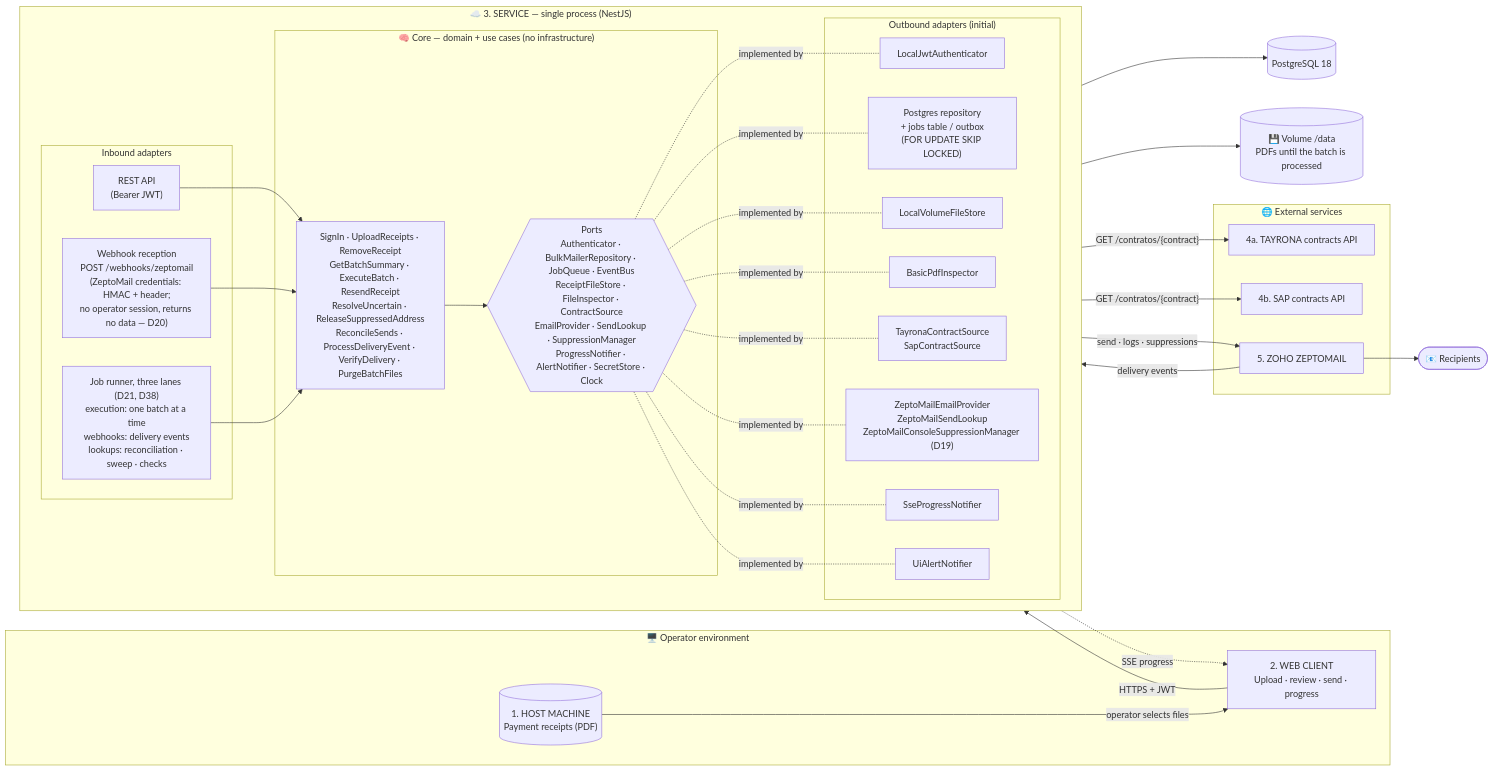
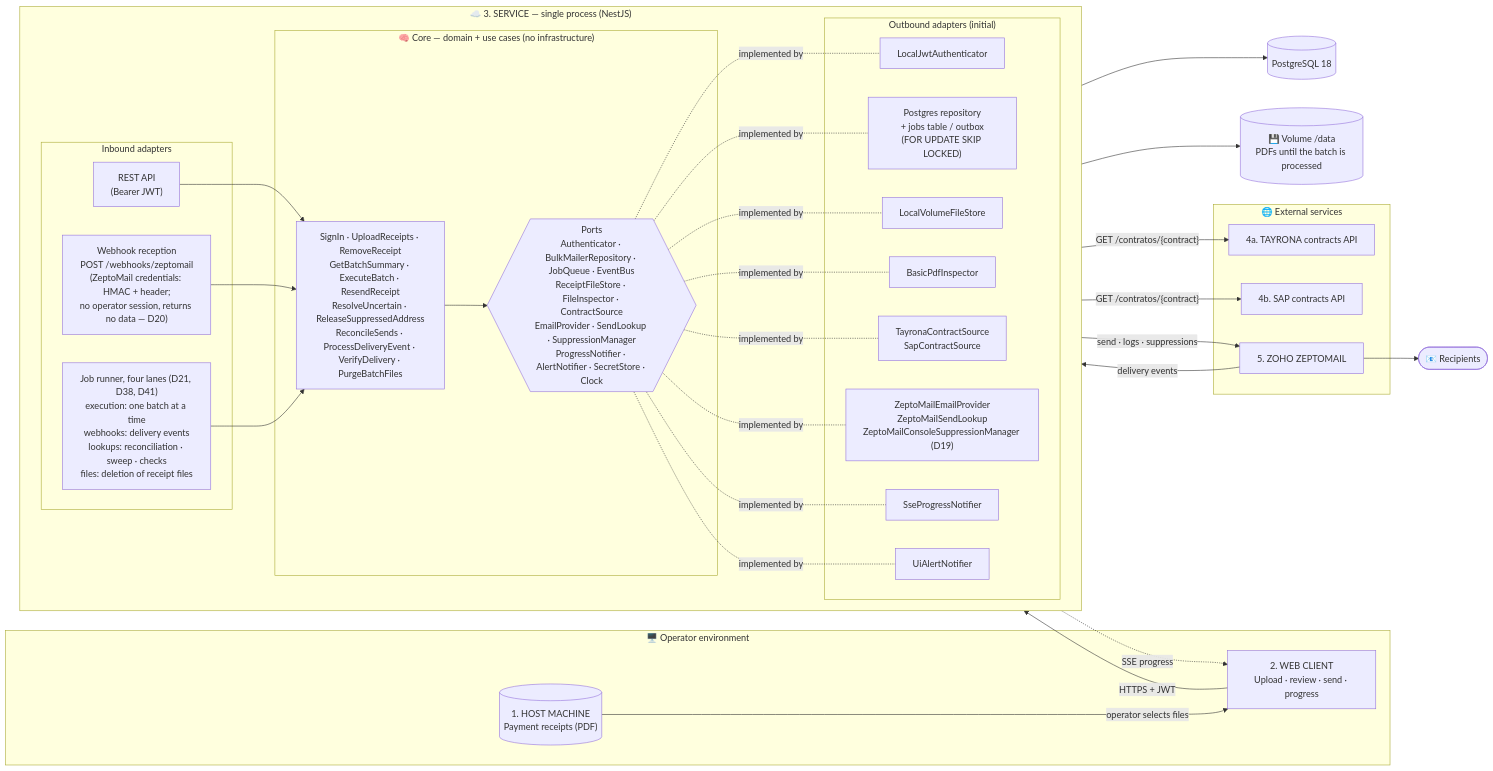
One commit to Ramioy/bulk-mailer-backend changed the first of 6 diagrams in docs/architecture/arquitectura.md. Above: the diagram before and after it, drawn with Mermaid. The commit also changed other lines of this file and 2 other files, not shown here.

````diff
--- a/docs/architecture/arquitectura.md
+++ b/docs/architecture/arquitectura.md
@@ -9,54 +9,54 @@
 ```mermaid
 flowchart LR
     subgraph USR["🖥️ Operator environment"]
         HOST[("1. HOST MACHINE<br/>Payment receipts (PDF)")]
         WEB["2. WEB CLIENT<br/>Upload · review · send · progress"]
     end
 
     subgraph SVC["☁️ 3. SERVICE — single process (NestJS)"]
         direction LR
         subgraph IN["Inbound adapters"]
             REST["REST API<br/>(Bearer JWT)"]
             WH["Webhook reception<br/>POST /webhooks/zeptomail<br/>(ZeptoMail credentials: HMAC + header;<br/>no operator session, returns no data — D20)"]
-            RUN["Job runner, three lanes (D21, D38)<br/>execution: one batch at a time<br/>webhooks: delivery events<br/>lookups: reconciliation · sweep · checks"]
+            RUN["Job runner, four lanes (D21, D38, D41)<br/>execution: one batch at a time<br/>webhooks: delivery events<br/>lookups: reconciliation · sweep · checks<br/>files: deletion of receipt files"]
         end
 
         subgraph CORE["🧠 Core — domain + use cases (no infrastructure)"]
             UC["SignIn · UploadReceipts · RemoveReceipt<br/>GetBatchSummary · ExecuteBatch · ResendReceipt<br/>ResolveUncertain · ReleaseSuppressedAddress<br/>ReconcileSends · ProcessDeliveryEvent · VerifyDelivery · PurgeBatchFiles"]
             PORTS{{"Ports<br/>Authenticator · BulkMailerRepository · JobQueue · EventBus<br/>ReceiptFileStore · FileInspector · ContractSource<br/>EmailProvider · SendLookup · SuppressionManager<br/>ProgressNotifier · AlertNotifier · SecretStore · Clock"}}
         end
 
         subgraph OUT["Outbound adapters (initial)"]
             A_AUTH["LocalJwtAuthenticator"]
             A_PG["Postgres repository<br/>+ jobs table / outbox<br/>(FOR UPDATE SKIP LOCKED)"]
             A_FS["LocalVolumeFileStore"]
             A_INS["BasicPdfInspector"]
             A_SRC["TayronaContractSource<br/>SapContractSource"]
             A_ZM["ZeptoMailEmailProvider<br/>ZeptoMailSendLookup<br/>ZeptoMailConsoleSuppressionManager (D19)"]
             A_SSE["SseProgressNotifier"]
             A_AL["UiAlertNotifier"]
         end
     end
 
     PG[("PostgreSQL 18")]
     VOL[("💾 Volume /data<br/>PDFs until the batch is processed")]
 
     subgraph EXT["🌐 External services"]
         TAY["4a. TAYRONA contracts API"]
         SAP["4b. SAP contracts API"]
         ZM["5. ZOHO ZEPTOMAIL"]
     end
     DEST(["📧 Recipients"])
 
     HOST -- "operator selects files" --> WEB
     WEB -- "HTTPS + JWT" --> REST
     A_SSE -. "SSE progress" .-> WEB
     ZM -- "delivery events" --> WH
     REST & WH & RUN --> UC --> PORTS
     PORTS -.implemented by.- A_AUTH & A_PG & A_FS & A_INS & A_SRC & A_ZM & A_SSE & A_AL
     A_PG --> PG
     A_FS --> VOL
     A_SRC -- "GET /contratos/{contract}" --> TAY & SAP
     A_ZM -- "send · logs · suppressions" --> ZM
     ZM --> DEST
 ```
````
